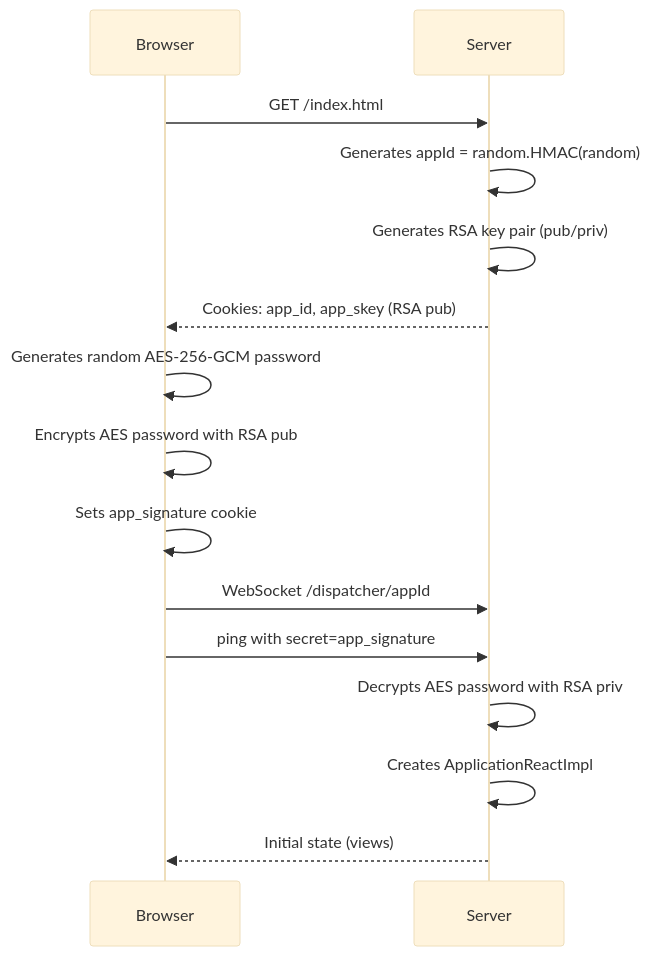
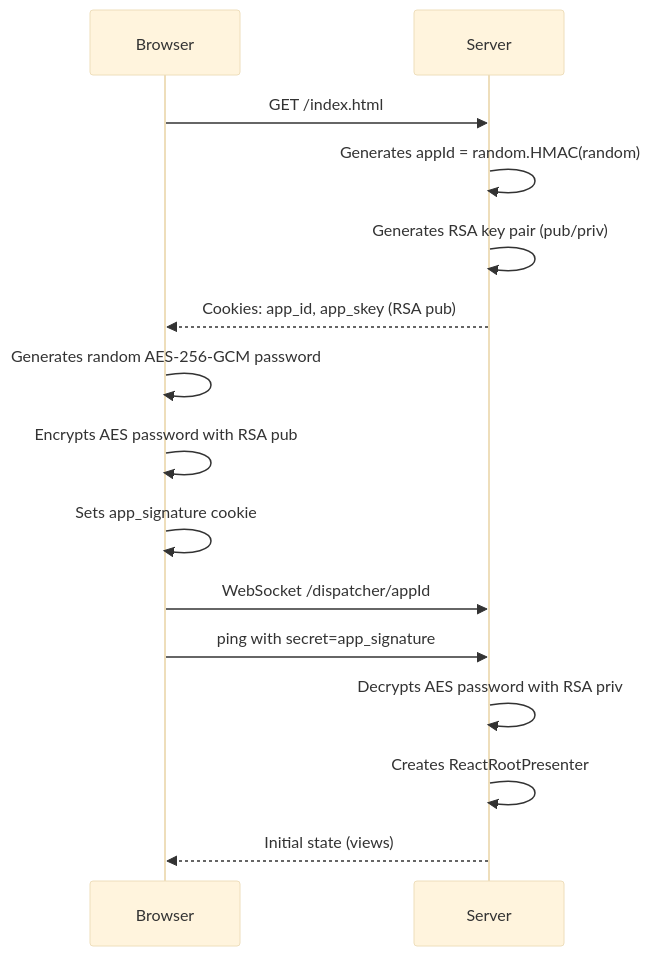
Before and after one commit to mrcdom/wdc-cube-kotlin: the fifth of 9 diagrams in docs/architecture-react.md, drawn with Mermaid (base theme). The commit also changed other lines of this file and 62 other files, not shown here.

First line of the commit message:
refactor(presentation): ShoppingApplication is RootPresenter

````diff
--- a/docs/architecture-react.md
+++ b/docs/architecture-react.md
@@ -162,20 +162,20 @@
 ```mermaid
 sequenceDiagram
     participant Browser as Browser
     participant Server as Server
 
     Browser->>Server: GET /index.html
     Server->>Server: Generates appId = random.HMAC(random)
     Server->>Server: Generates RSA key pair (pub/priv)
     Server-->>Browser: Cookies: app_id, app_skey (RSA pub)
 
     Browser->>Browser: Generates random AES-256-GCM password
     Browser->>Browser: Encrypts AES password with RSA pub
     Browser->>Browser: Sets app_signature cookie
 
     Browser->>Server: WebSocket /dispatcher/appId
     Browser->>Server: ping with secret=app_signature
     Server->>Server: Decrypts AES password with RSA priv
-    Server->>Server: Creates ApplicationReactImpl
+    Server->>Server: Creates ReactRootPresenter
     Server-->>Browser: Initial state (views)
 ```
````
